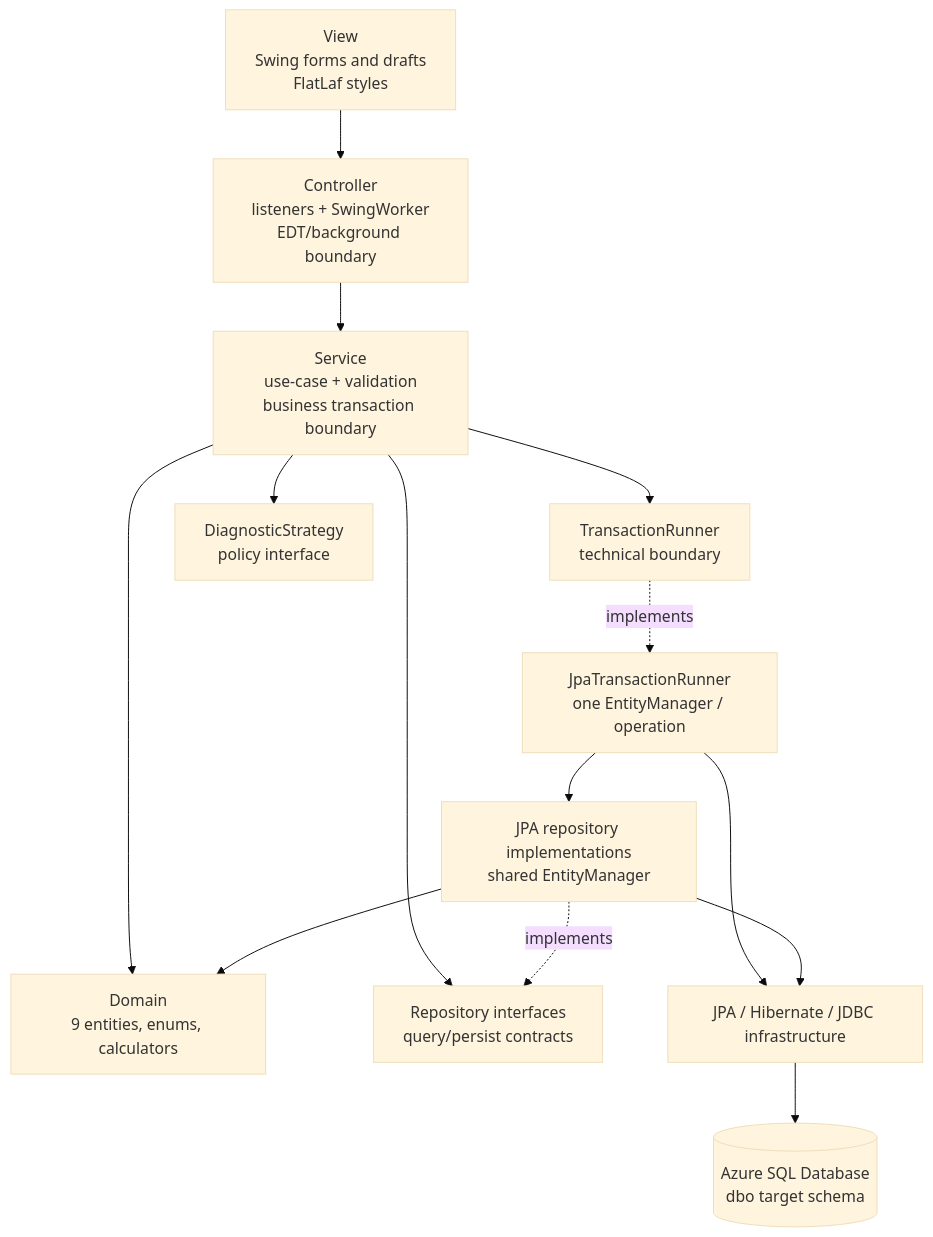
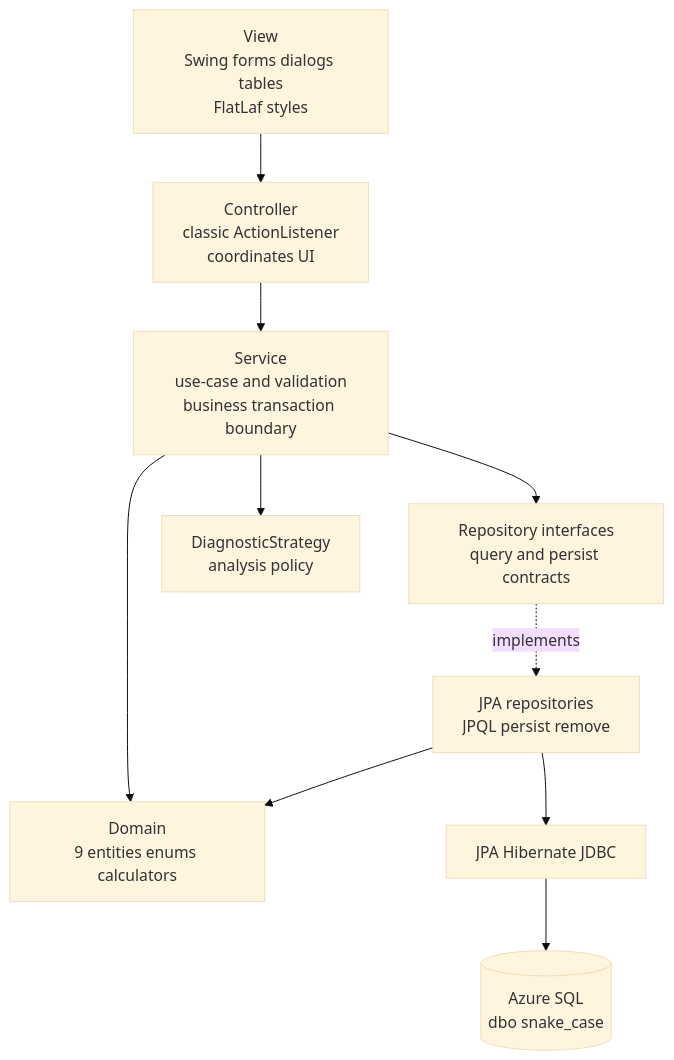
One commit to KarloLerga/AutoCare changed the diagram in docs/architecture.mmd. Above: the diagram before and after it, drawn with Mermaid (base theme). The commit also changed 31 other files, not shown here.

```diff
--- a/docs/architecture.mmd
+++ b/docs/architecture.mmd
@@ -1,14 +1,10 @@
 flowchart TD
-    V[View<br/>Swing forms and drafts<br/>FlatLaf styles] --> C[Controller<br/>listeners + SwingWorker<br/>EDT/background boundary]
-    C --> S[Service<br/>use-case + validation<br/>business transaction boundary]
-    S --> D[Domain<br/>9 entities, enums, calculators]
-    S --> R[Repository interfaces<br/>query/persist contracts]
-    S --> T[TransactionRunner<br/>technical boundary]
-    S --> STR[DiagnosticStrategy<br/>policy interface]
-    T -. implements .-> JT[JpaTransactionRunner<br/>one EntityManager / operation]
-    JT --> P[JPA repository implementations<br/>shared EntityManager]
-    P -. implements .-> R
+    V[View<br/>Swing forms dialogs tables<br/>FlatLaf styles] --> C[Controller<br/>classic ActionListener<br/>coordinates UI]
+    C --> S[Service<br/>use-case and validation<br/>business transaction boundary]
+    S --> D[Domain<br/>9 entities enums calculators]
+    S --> R[Repository interfaces<br/>query and persist contracts]
+    S --> STR[DiagnosticStrategy<br/>analysis policy]
+    R -. implements .-> P[JPA repositories<br/>JPQL persist remove]
     P --> D
-    JT --> I[JPA / Hibernate / JDBC infrastructure]
-    P --> I
-    I --> DB[(Azure SQL Database<br/>dbo target schema)]
+    P --> I[JPA Hibernate JDBC]
+    I --> DB[(Azure SQL<br/>dbo snake_case)]
```
